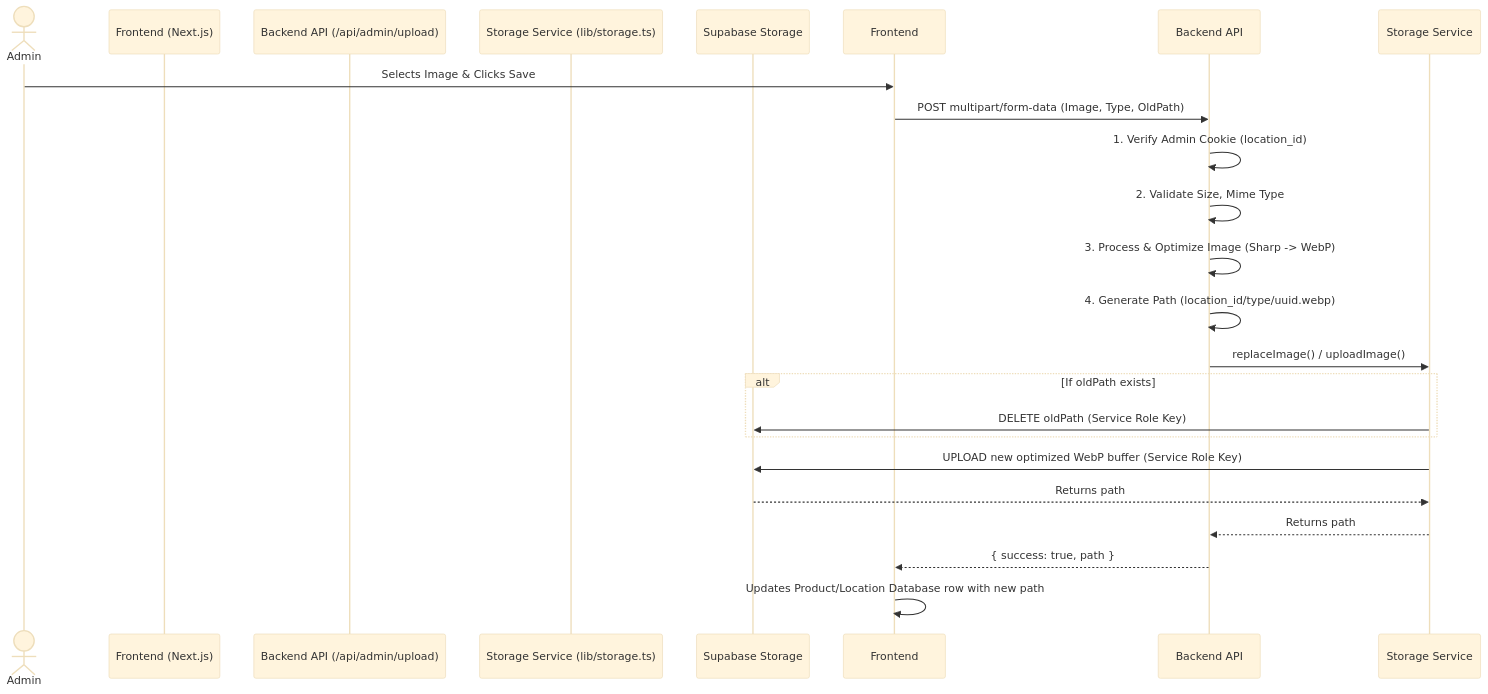
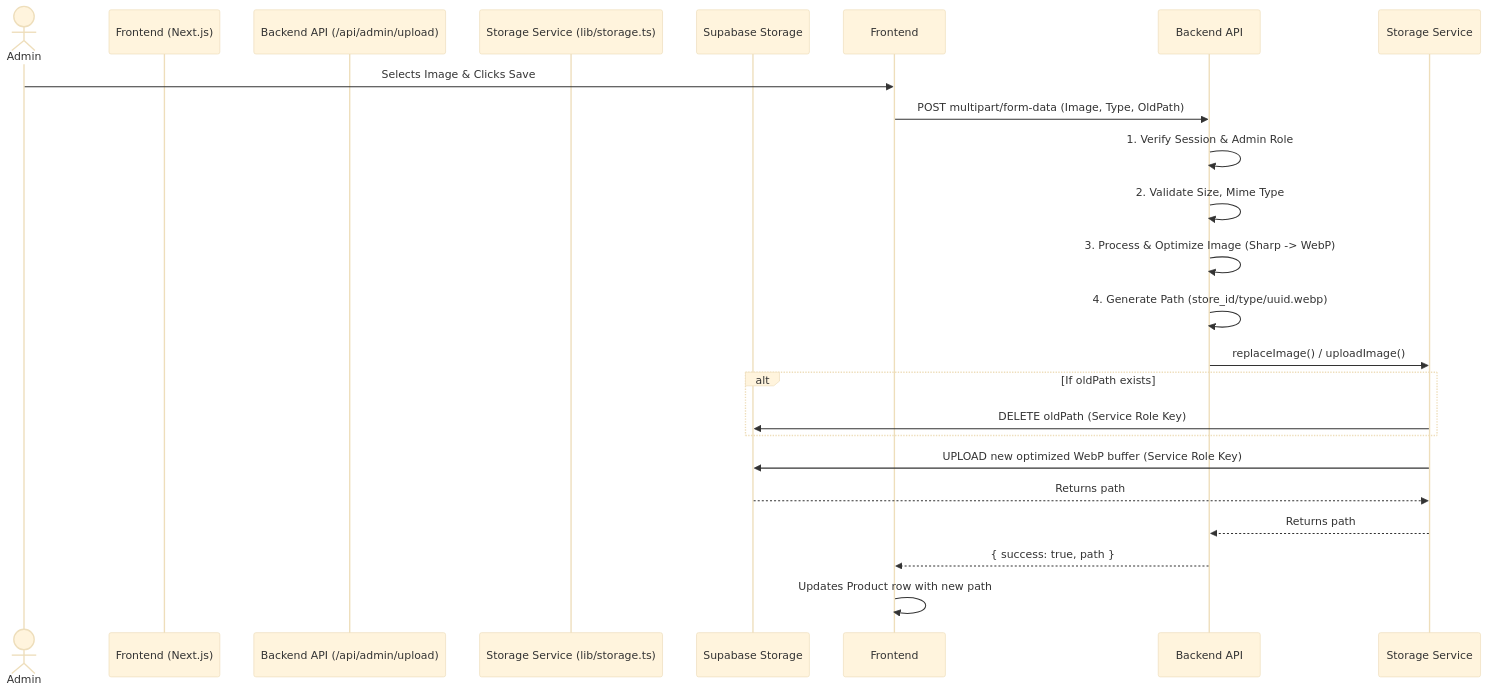
Before and after one commit to abhinavsaha24/the2amclub: the diagram in ARCHITECTURE.md, drawn with Mermaid (base theme). The commit also changed other lines of this file and 1 other file, not shown here.

````diff
--- a/ARCHITECTURE.md
+++ b/ARCHITECTURE.md
@@ -25,30 +28,30 @@
 ```mermaid
 sequenceDiagram
     actor Admin
     participant Frontend (Next.js)
     participant Backend API (/api/admin/upload)
     participant Storage Service (lib/storage.ts)
     participant Supabase Storage
 
     Admin->>Frontend: Selects Image & Clicks Save
     Frontend->>Backend API: POST multipart/form-data (Image, Type, OldPath)
     
-    Backend API->>Backend API: 1. Verify Admin Cookie (location_id)
+    Backend API->>Backend API: 1. Verify Session & Admin Role
     Backend API->>Backend API: 2. Validate Size, Mime Type
     Backend API->>Backend API: 3. Process & Optimize Image (Sharp -> WebP)
-    Backend API->>Backend API: 4. Generate Path (location_id/type/uuid.webp)
+    Backend API->>Backend API: 4. Generate Path (store_id/type/uuid.webp)
     
     Backend API->>Storage Service: replaceImage() / uploadImage()
     
     alt If oldPath exists
         Storage Service->>Supabase Storage: DELETE oldPath (Service Role Key)
     end
     
     Storage Service->>Supabase Storage: UPLOAD new optimized WebP buffer (Service Role Key)
     Supabase Storage-->>Storage Service: Returns path
     
     Storage Service-->>Backend API: Returns path
     Backend API-->>Frontend: { success: true, path }
     
-    Frontend->>Frontend: Updates Product/Location Database row with new path
+    Frontend->>Frontend: Updates Product row with new path
 ```
````
